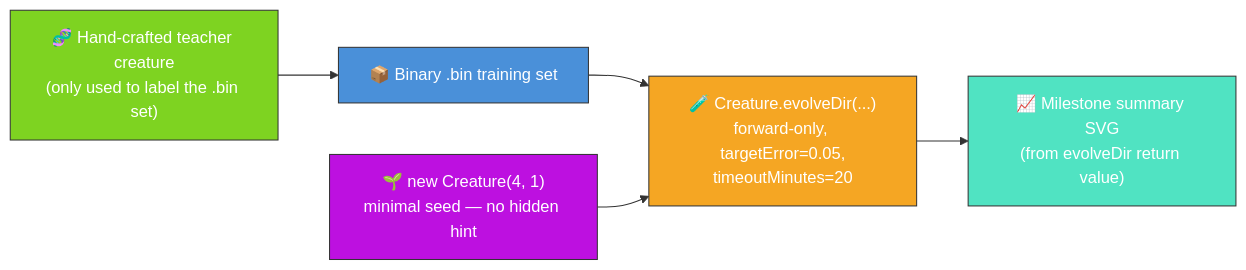
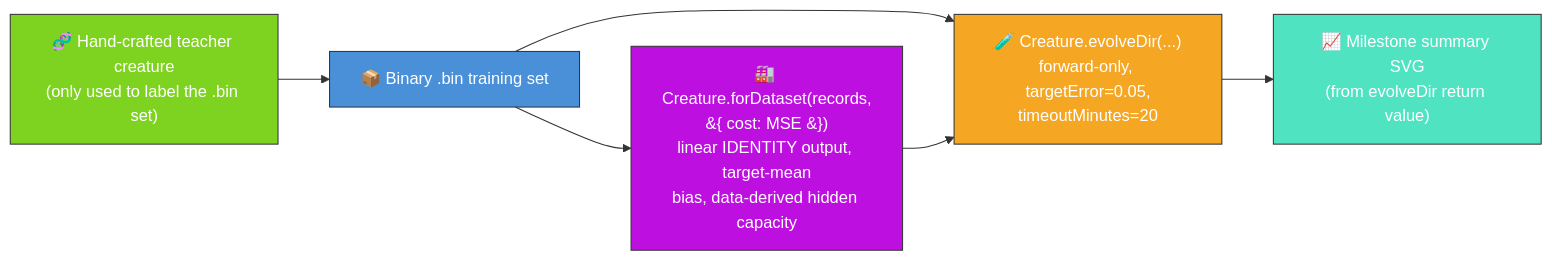
The diagram in evolution_showcase/README.md (stSoftwareAU/NEAT-AI-Examples), drawn with Mermaid before and after one commit. The commit also changed other lines of this file and 6 other files, not shown here.

````diff
--- a/evolution_showcase/README.md
+++ b/evolution_showcase/README.md
@@ -15,17 +27,18 @@
 ```mermaid
 flowchart LR
     REF["🧬 Hand-crafted teacher creature<br/>(only used to label the .bin set)"]
     DATA["📦 Binary .bin training set"]
-    SEED["🌱 new Creature(4, 1)<br/>minimal seed — no hidden hint"]
+    SEED["🏭 Creature.forDataset(records,<br/>&#123; cost: MSE &#125;)<br/>linear IDENTITY output, target-mean<br/>bias, data-derived hidden capacity"]
     EVOLVE["🧪 Creature.evolveDir(...)<br/>forward-only, targetError=0.05,<br/>timeoutMinutes=20"]
     SUMMARY["📈 Milestone summary SVG<br/>(from evolveDir return value)"]
     REF --> DATA
+    DATA --> SEED
     DATA --> EVOLVE
     SEED --> EVOLVE
     EVOLVE --> SUMMARY
     style REF fill:#7ed321,stroke:#333,color:#fff
     style DATA fill:#4a90d9,stroke:#333,color:#fff
     style SEED fill:#bd10e0,stroke:#333,color:#fff
     style EVOLVE fill:#f5a623,stroke:#333,color:#fff
     style SUMMARY fill:#50e3c2,stroke:#333,color:#fff
 ```
````
